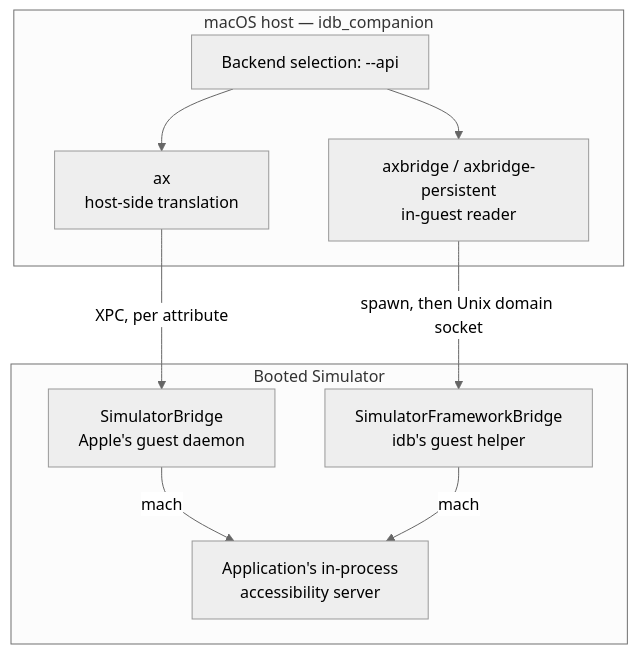
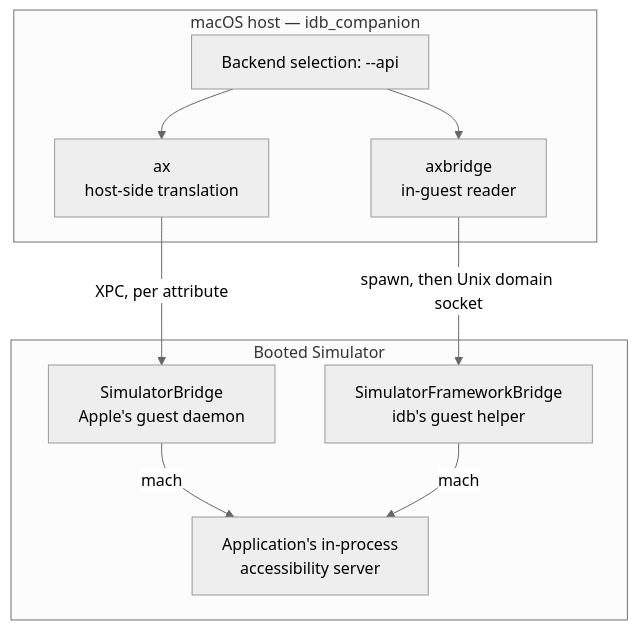
One commit to facebook/idb changed the first of 3 diagrams in website/docs/idb/accessibility.mdx. Above: the diagram before and after it, drawn with Mermaid (neutral theme). The commit also changed other lines of this file and 14 other files, not shown here.

````diff
--- a/website/docs/idb/accessibility.mdx
+++ b/website/docs/idb/accessibility.mdx
@@ -20,19 +20,19 @@
 ```mermaid
 flowchart TD
     subgraph host["macOS host — idb_companion"]
         selector["Backend selection: --api"]
         ax["ax<br/>host-side translation"]
-        bridge["axbridge / axbridge-persistent<br/>in-guest reader"]
+        bridge["axbridge<br/>in-guest reader"]
     end
     subgraph guest["Booted Simulator"]
         sb["SimulatorBridge<br/>Apple's guest daemon"]
         sfb["SimulatorFrameworkBridge<br/>idb's guest helper"]
         app["Application's in-process<br/>accessibility server"]
     end
     selector --> ax
     selector --> bridge
     ax -- "XPC, per attribute" --> sb
     bridge -- "spawn, then Unix domain socket" --> sfb
     sb -- mach --> app
     sfb -- mach --> app
 ```
````
